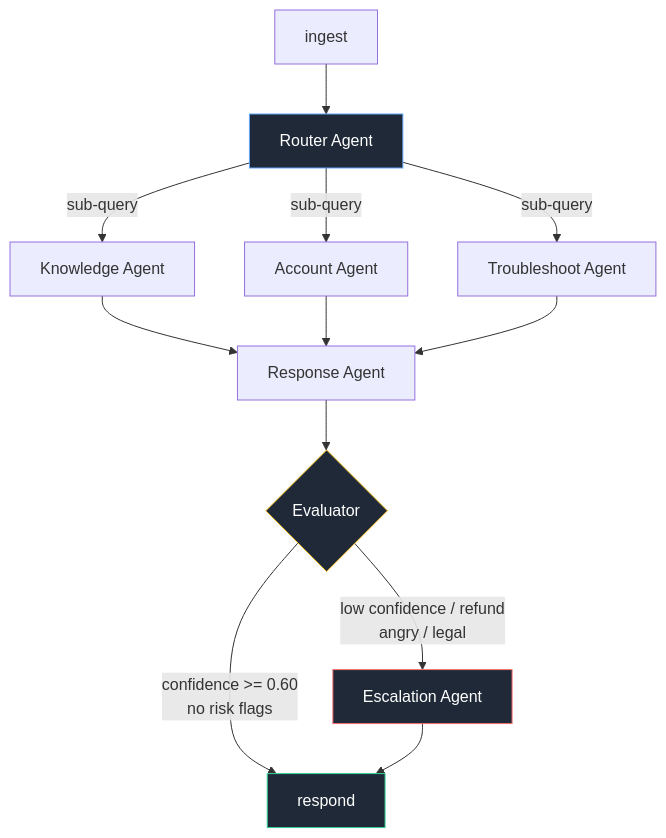
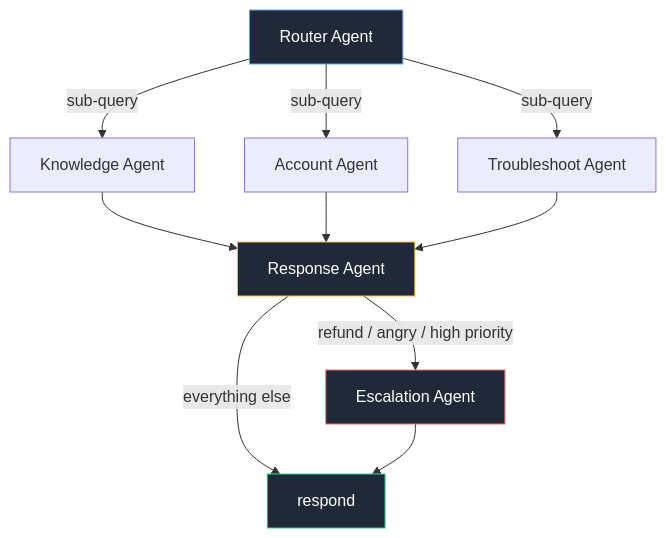
The diagram in README.md (RajkumarDake/support-agents), drawn with Mermaid before and after one commit. The commit also changed other lines of this file and 47 other files, not shown here.

Commit message:
drop evaluator, escalate on risk flags

````diff
--- a/README.md
+++ b/README.md
@@ -11,22 +11,19 @@
 ```mermaid
 flowchart TD
-    A[ingest] --> B[Router Agent]
+    A[Router Agent] -->|sub-query| B[Knowledge Agent]
+    A -->|sub-query| C[Account Agent]
+    A -->|sub-query| D[Troubleshoot Agent]
 
-    B -->|sub-query| C[Knowledge Agent]
-    B -->|sub-query| D[Account Agent]
-    B -->|sub-query| E[Troubleshoot Agent]
+    B --> E[Response Agent]
+    C --> E
+    D --> E
 
-    C --> F[Response Agent]
-    D --> F
-    E --> F
+    E -->|refund / angry / high priority| F[Escalation Agent]
+    E -->|everything else| G[respond]
+    F --> G
 
-    F --> G{Evaluator}
-    G -->|confidence >= 0.60<br/>no risk flags| H[respond]
-    G -->|low confidence / refund<br/>angry / legal| I[Escalation Agent]
-    I --> H
-
-    style B fill:#1f2937,stroke:#60a5fa,color:#fff
-    style G fill:#1f2937,stroke:#fbbf24,color:#fff
-    style I fill:#1f2937,stroke:#f87171,color:#fff
-    style H fill:#1f2937,stroke:#34d399,color:#fff
+    style A fill:#1f2937,stroke:#60a5fa,color:#fff
+    style E fill:#1f2937,stroke:#fbbf24,color:#fff
+    style F fill:#1f2937,stroke:#f87171,color:#fff
+    style G fill:#1f2937,stroke:#34d399,color:#fff
 ```
````
